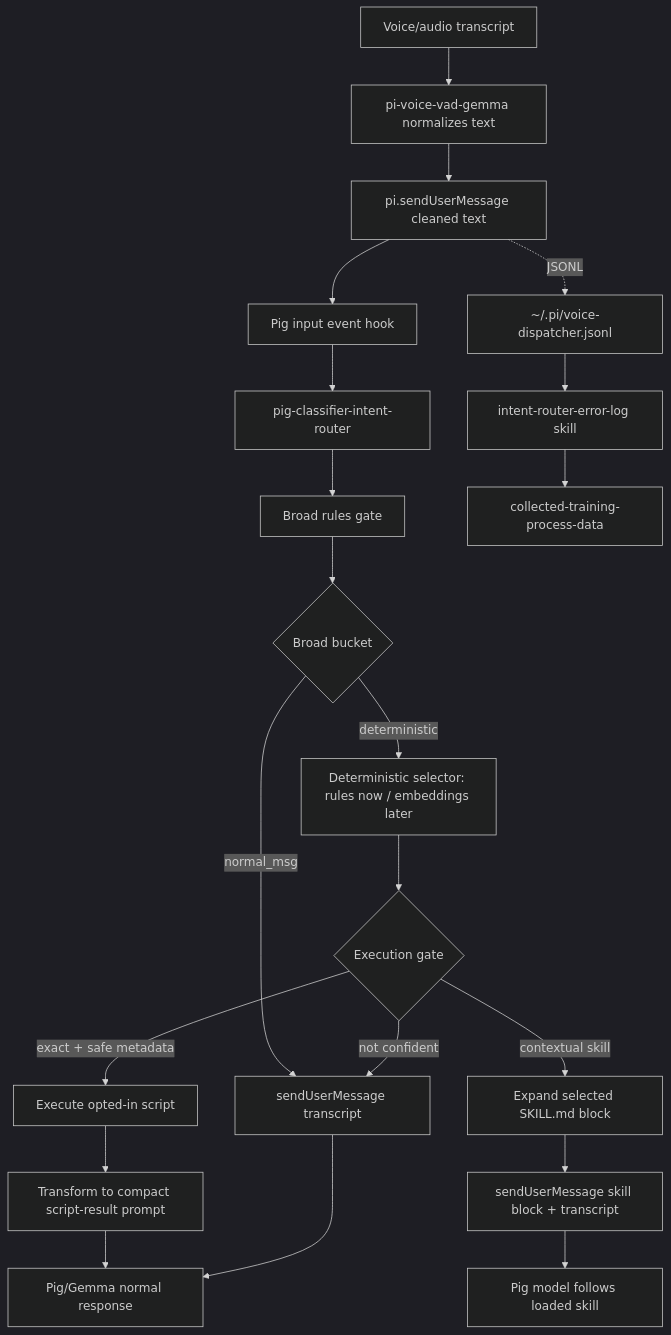
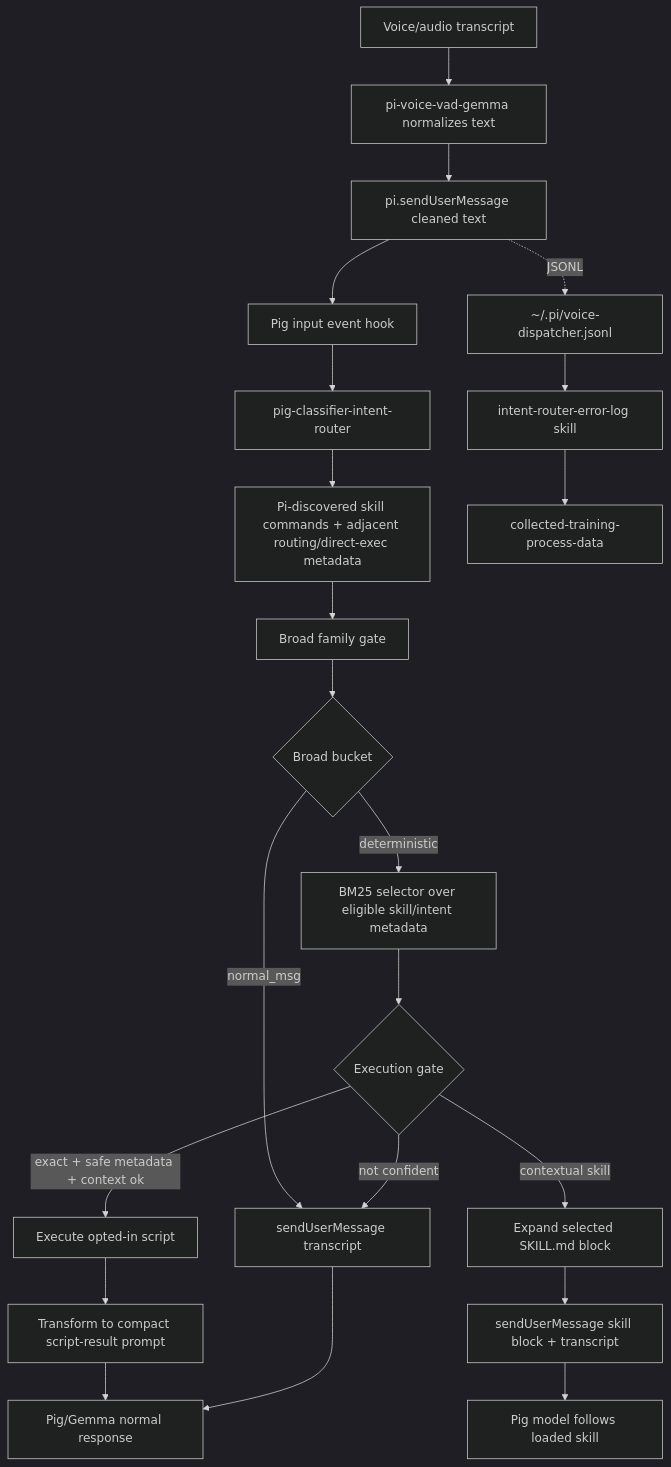
Before and after one commit to ptkmegacorp/pig-classifier-intent-router: the diagram in docs/flow.md, drawn with Mermaid (dark theme). The commit also changed 4 other files, not shown here.

````diff
--- a/docs/flow.md
+++ b/docs/flow.md
@@ -3,23 +3,24 @@
 ```mermaid
 flowchart TD
     A[Voice/audio transcript] --> B[pi-voice-vad-gemma normalizes text]
     B --> C[pi.sendUserMessage cleaned text]
     C --> D0[Pig input event hook]
     D0 --> D[pig-classifier-intent-router]
-    D --> E0[Broad rules gate]
+    D --> P[Pi-discovered skill commands + adjacent routing/direct-exec metadata]
+    P --> E0[Broad family gate]
     E0 --> E1{Broad bucket}
     E1 -- normal_msg --> I[sendUserMessage transcript]
-    E1 -- deterministic --> E[Deterministic selector: rules now / embeddings later]
+    E1 -- deterministic --> E[BM25 selector over eligible skill/intent metadata]
     E --> X{Execution gate}
-    X -- exact + safe metadata --> J[Execute opted-in script]
+    X -- exact + safe metadata + context ok --> J[Execute opted-in script]
     X -- contextual skill --> G[Expand selected SKILL.md block]
     X -- not confident --> I
     G --> H[sendUserMessage skill block + transcript]
     H --> K[Pig model follows loaded skill]
     J --> R[Transform to compact script-result prompt]
     R --> L
     I --> L[Pig/Gemma normal response]
     C -. JSONL .-> M[~/.pi/voice-dispatcher.jsonl]
     M --> N[intent-router-error-log skill]
     N --> O[collected-training-process-data]
 ```
````
